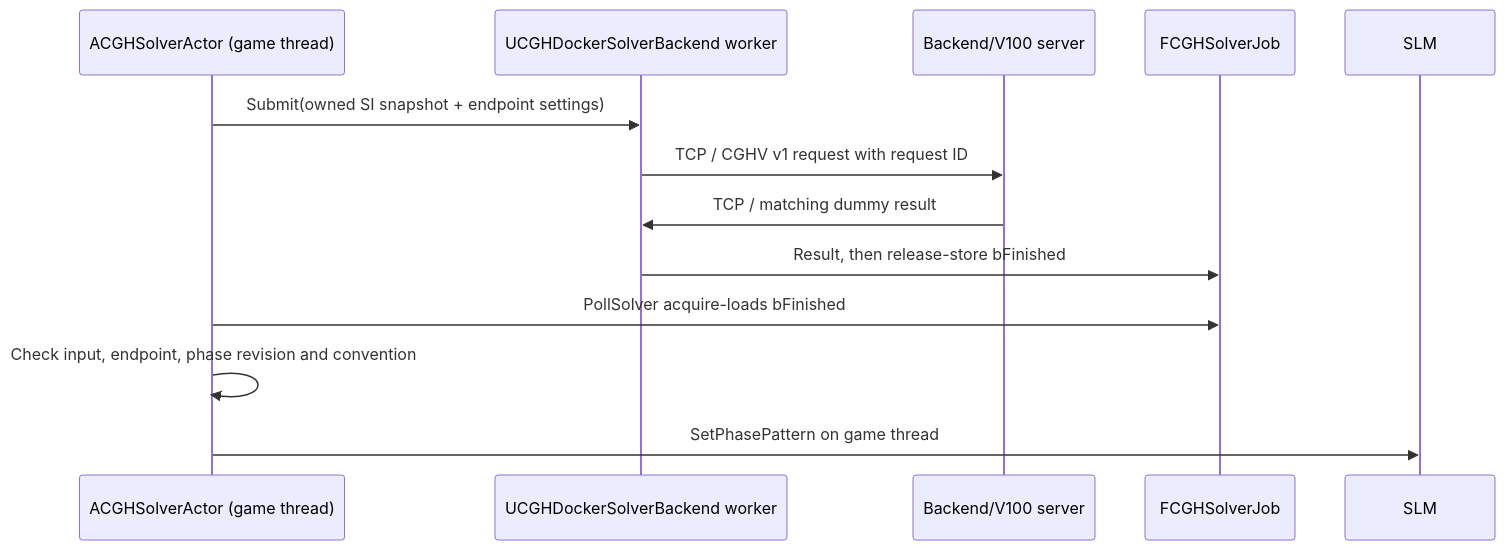
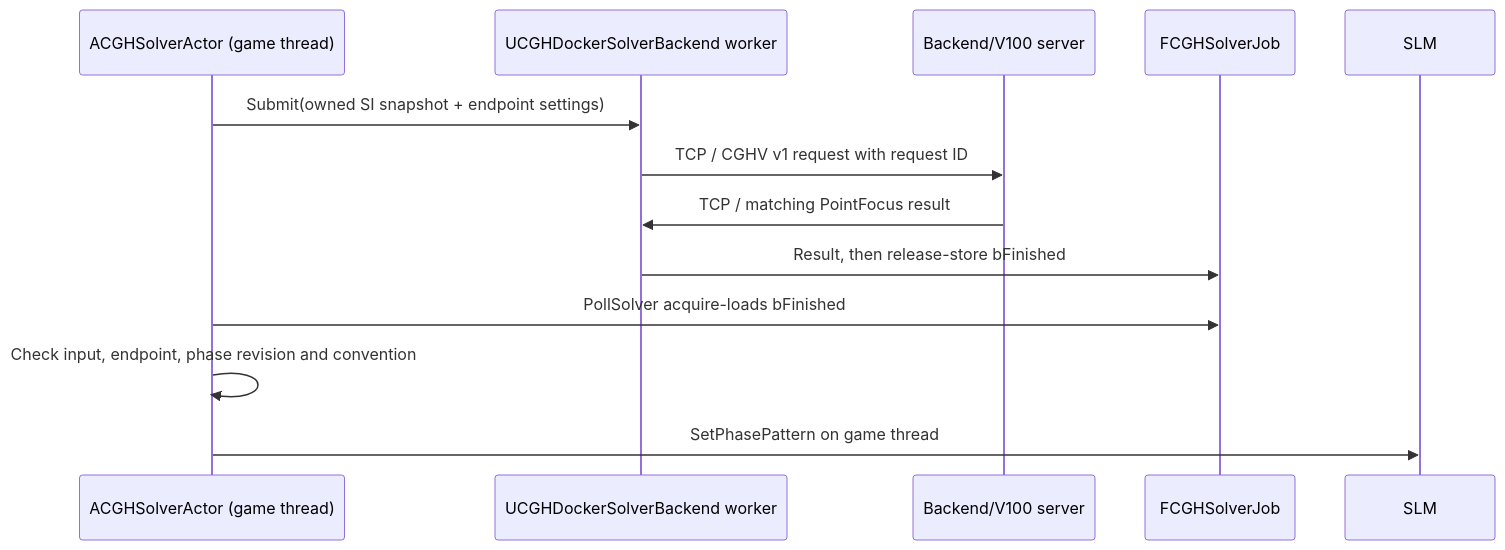
One commit to ChenXuYangJP/CGHSim changed the diagram in Docs/CGH_Docker_Backend.md. Above: the diagram before and after it, drawn with Mermaid. The commit also changed other lines of this file and 21 other files, not shown here.

````diff
--- a/Docs/CGH_Docker_Backend.md
+++ b/Docs/CGH_Docker_Backend.md
@@ -7,15 +7,15 @@
 ```mermaid
 sequenceDiagram
     participant A as ACGHSolverActor (game thread)
     participant B as UCGHDockerSolverBackend worker
     participant S as Backend/V100 server
     participant J as FCGHSolverJob
     participant L as SLM
     A->>B: Submit(owned SI snapshot + endpoint settings)
     B->>S: TCP / CGHV v1 request with request ID
-    S->>B: TCP / matching dummy result
+    S->>B: TCP / matching PointFocus result
     B->>J: Result, then release-store bFinished
     A->>J: PollSolver acquire-loads bFinished
     A->>A: Check input, endpoint, phase revision and convention
     A->>L: SetPhasePattern on game thread
 ```
````
